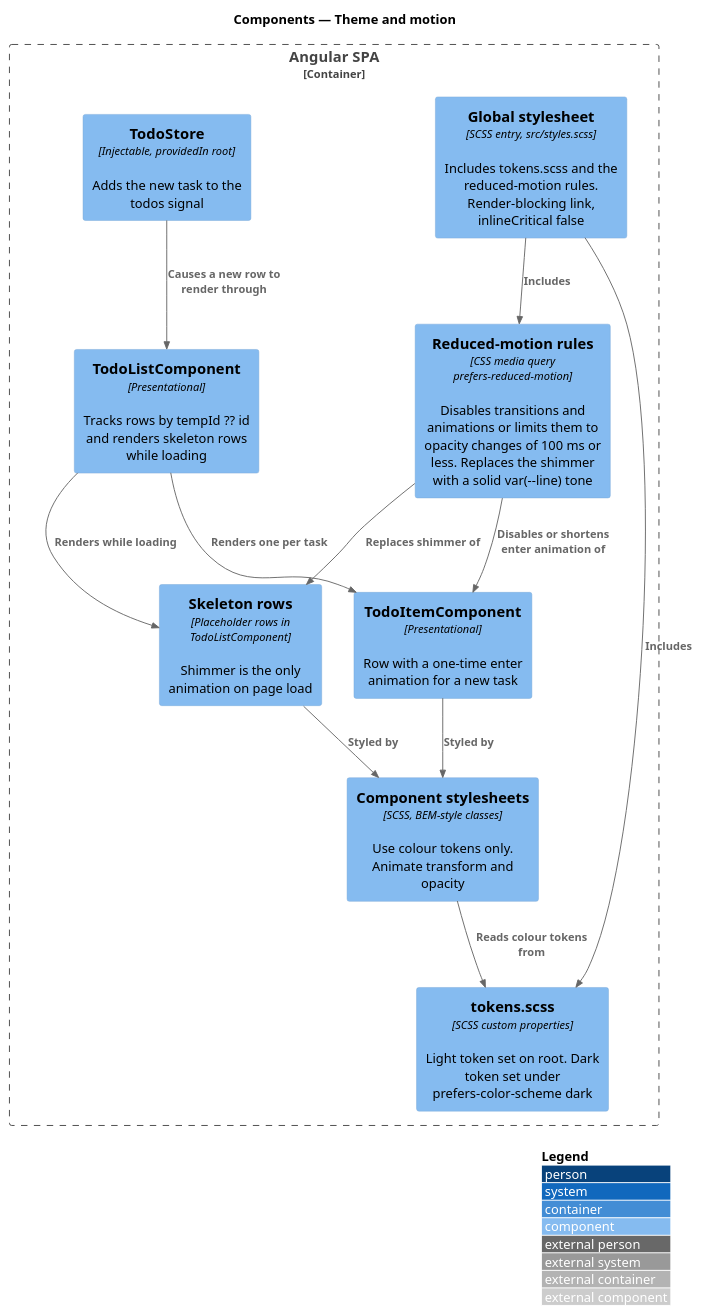
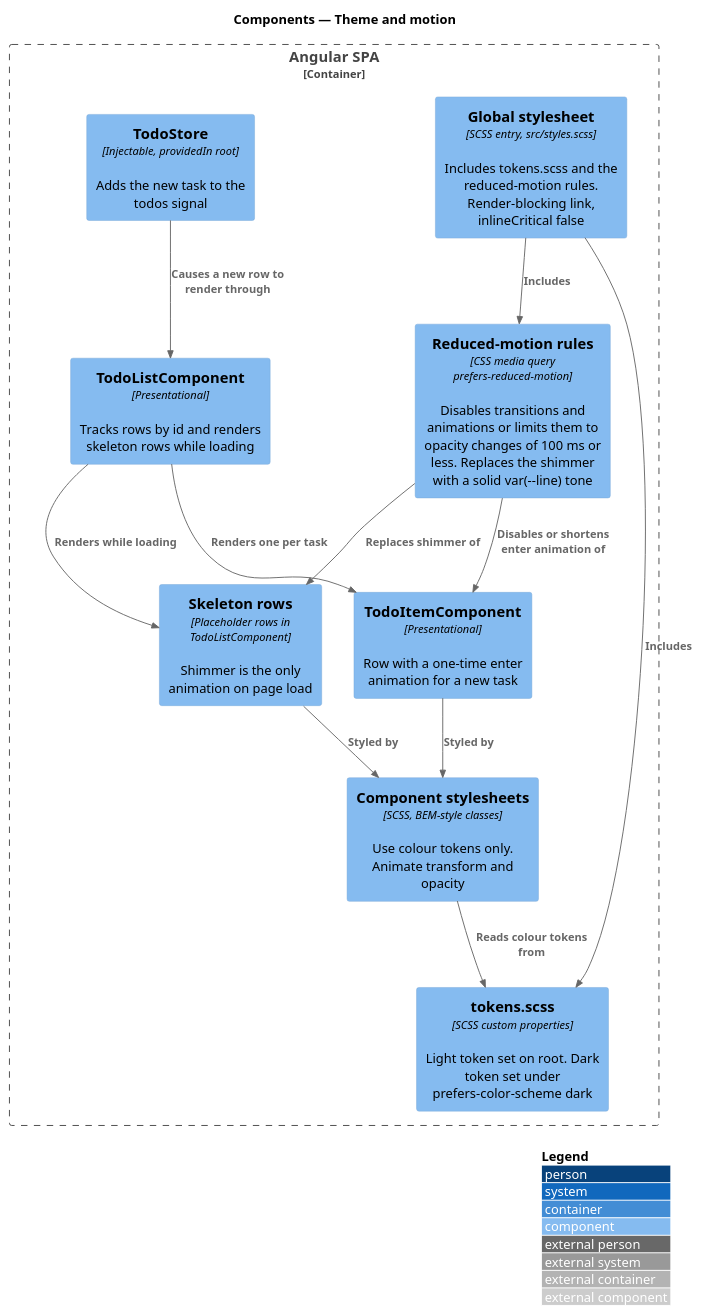
Before and after one commit to QuinntyneBrown/php-todo-lab: the diagram in docs/detailed-designs/interface/theme-and-motion/diagrams/c4-component.puml, drawn with PlantUML. The commit also changed 22 other files, not shown here.

```diff
--- a/docs/detailed-designs/interface/theme-and-motion/diagrams/c4-component.puml
+++ b/docs/detailed-designs/interface/theme-and-motion/diagrams/c4-component.puml
@@ -1,27 +1,27 @@
 @startuml
 !include <C4/C4_Component>
 LAYOUT_WITH_LEGEND()
 title Components — Theme and motion
 
 Container_Boundary(spa, "Angular SPA") {
   Component(global, "Global stylesheet", "SCSS entry, src/styles.scss", "Includes tokens.scss and the reduced-motion rules. Render-blocking link, inlineCritical false")
   Component(tokens, "tokens.scss", "SCSS custom properties", "Light token set on root. Dark token set under prefers-color-scheme dark")
   Component(motion, "Reduced-motion rules", "CSS media query prefers-reduced-motion", "Disables transitions and animations or limits them to opacity changes of 100 ms or less. Replaces the shimmer with a solid var(--line) tone")
   Component(css, "Component stylesheets", "SCSS, BEM-style classes", "Use colour tokens only. Animate transform and opacity")
   Component(item, "TodoItemComponent", "Presentational", "Row with a one-time enter animation for a new task")
-  Component(list, "TodoListComponent", "Presentational", "Tracks rows by tempId ?? id and renders skeleton rows while loading")
+  Component(list, "TodoListComponent", "Presentational", "Tracks rows by id and renders skeleton rows while loading")
   Component(skeleton, "Skeleton rows", "Placeholder rows in TodoListComponent", "Shimmer is the only animation on page load")
   Component(store, "TodoStore", "Injectable, providedIn root", "Adds the new task to the todos signal")
 }
 
 Rel(global, tokens, "Includes")
 Rel(global, motion, "Includes")
 Rel(css, tokens, "Reads colour tokens from")
 Rel(item, css, "Styled by")
 Rel(skeleton, css, "Styled by")
 Rel(motion, item, "Disables or shortens enter animation of")
 Rel(motion, skeleton, "Replaces shimmer of")
 Rel(store, list, "Causes a new row to render through")
 Rel(list, item, "Renders one per task")
 Rel(list, skeleton, "Renders while loading")
 @enduml
```
